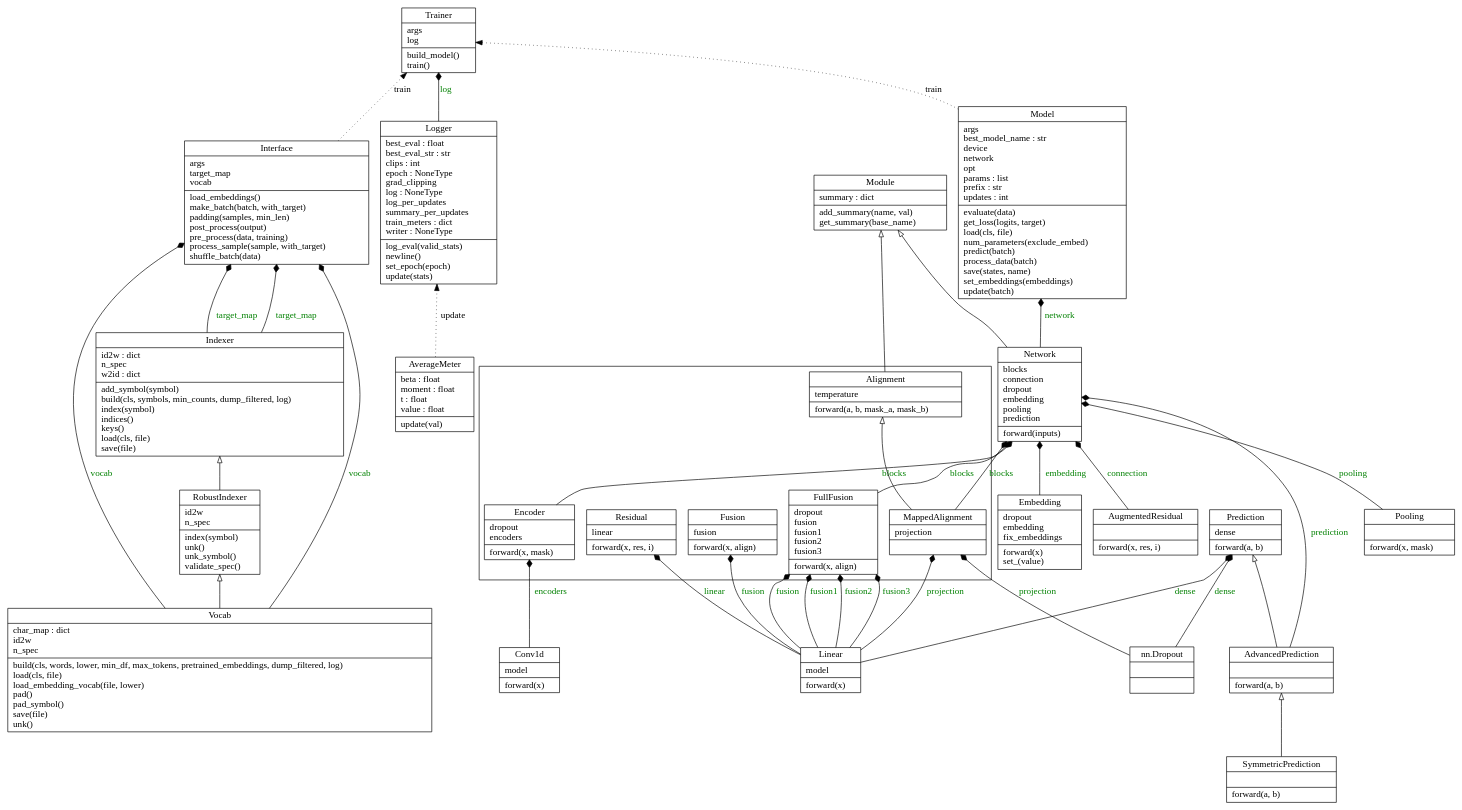
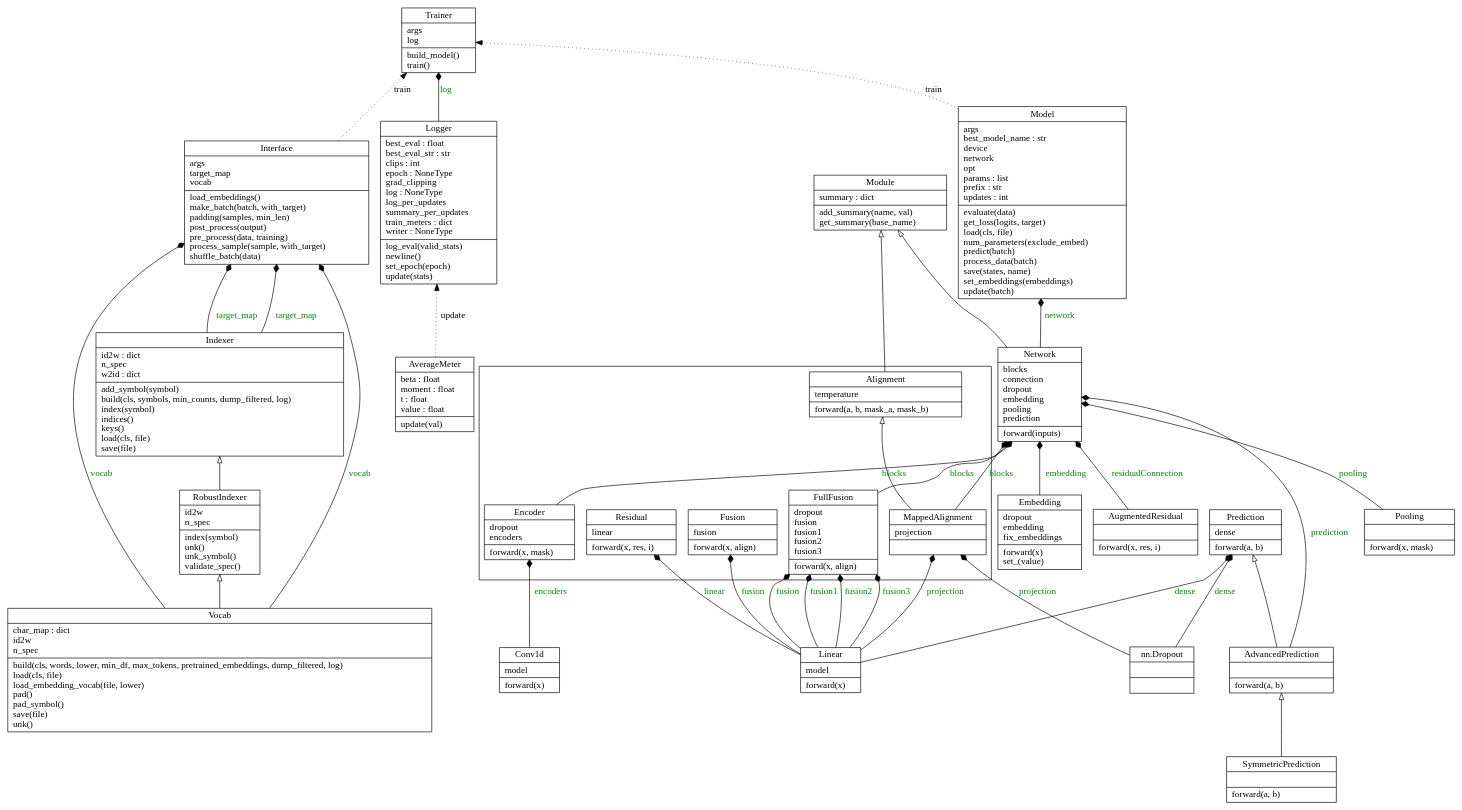
The diagram in readding/re2/classes.dot (pangyouzhen/learn_code), drawn with Graphviz before and after one commit. The commit also changed 3 other files, not shown here.

```diff
--- a/readding/re2/classes.dot
+++ b/readding/re2/classes.dot
@@ -1,69 +1,69 @@
 digraph "classes" {
 charset="utf-8"
 rankdir=BT
 "0" [label="{AdvancedPrediction|\l|forward(a, b)\l}", shape="record"];
 "2" [label="{AugmentedResidual|\l|forward(x, res, i)\l}", shape="record"];
 "3" [label="{AverageMeter|beta : float\lmoment : float\lt : float\lvalue : float\l|update(val)\l}", shape="record"];
 "4" [label="{Conv1d|model\l|forward(x)\l}", shape="record"];
 "6" [label="{Embedding|dropout\lembedding\lfix_embeddings\l|forward(x)\lset_(value)\l}", shape="record"];
 "14" [label="{Indexer|id2w : dict\ln_spec\lw2id : dict\l|add_symbol(symbol)\lbuild(cls, symbols, min_counts, dump_filtered, log)\lindex(symbol)\lindices()\lkeys()\lload(cls, file)\lsave(file)\l}", shape="record"];
 "15" [label="{Interface|args\ltarget_map\lvocab\l|load_embeddings()\lmake_batch(batch, with_target)\lpadding(samples, min_len)\lpost_process(output)\lpre_process(data, training)\lprocess_sample(sample, with_target)\lshuffle_batch(data)\l}", shape="record"];
 "17" [label="{Linear|model\l|forward(x)\l}", shape="record"];
 "18" [label="{Logger|best_eval : float\lbest_eval_str : str\lclips : int\lepoch : NoneType\lgrad_clipping\llog : NoneType\llog_per_updates\lsummary_per_updates\ltrain_meters : dict\lwriter : NoneType\l|log_eval(valid_stats)\lnewline()\lset_epoch(epoch)\lupdate(stats)\l}", shape="record"];
 "22" [label="{Model|args\lbest_model_name : str\ldevice\lnetwork\lopt\lparams : list\lprefix : str\lupdates : int\l|evaluate(data)\lget_loss(logits, target)\lload(cls, file)\lnum_parameters(exclude_embed)\lpredict(batch)\lprocess_data(batch)\lsave(states, name)\lset_embeddings(embeddings)\lupdate(batch)\l}", shape="record"];
 "23" [label="{Module|summary : dict\l|add_summary(name, val)\lget_summary(base_name)\l}", shape="record"];
 "28" [label="{Network|blocks\lconnection\ldropout\lembedding\lpooling\lprediction\l|forward(inputs)\l}", shape="record"];
 "31" [label="{Pooling|\l|forward(x, mask)\l}", shape="record"];
 "32" [label="{Prediction|dense\l|forward(a, b)\l}", shape="record"];
 "36" [label="{RobustIndexer|id2w\ln_spec\l|index(symbol)\lunk()\lunk_symbol()\lvalidate_spec()\l}", shape="record"];
 "38" [label="{SymmetricPrediction|\l|forward(a, b)\l}", shape="record"];
 "39" [label="{Trainer|args\llog\l|build_model()\ltrain()\l}", shape="record"];
 "40" [label="{Vocab|char_map : dict\lid2w\ln_spec\l|build(cls, words, lower, min_df, max_tokens, pretrained_embeddings, dump_filtered, log)\lload(cls, file)\lload_embedding_vocab(file, lower)\lpad()\lpad_symbol()\lsave(file)\lunk()\l}", shape="record"];
 "41" [label="{nn.Dropout|\l|\l}", shape="record"];
 subgraph cluster_blocks {
 // subgraph You'll have to prefix the name of your subgraphs with cluster:
 {rank=BT
 "7" [label="{Encoder|dropout\lencoders\l|forward(x, mask)\l}", shape="record"];
 "1" [label="{Alignment|temperature\l|forward(a, b, mask_a, mask_b)\l}", shape="record"];
 "11" [label="{Fusion|fusion\l|forward(x, align)\l}", shape="record"];
 "10" [label="{FullFusion|dropout\lfusion\lfusion1\lfusion2\lfusion3\l|forward(x, align)\l}", shape="record"];
 "21" [label="{MappedAlignment|projection\l|}", shape="record"];
 "35" [label="{Residual|linear\l|forward(x, res, i)\l}", shape="record"];
 }
 
 }
 "0" -> "32" [arrowhead="empty", arrowtail="none"];
 "1" -> "23" [arrowhead="empty", arrowtail="none"];
 "21" -> "1" [arrowhead="empty", arrowtail="none"];
 "28" -> "23" [arrowhead="empty", arrowtail="none"];
 "36" -> "14" [arrowhead="empty", arrowtail="none"];
 "38" -> "0" [arrowhead="empty", arrowtail="none"];
 "40" -> "36" [arrowhead="empty", arrowtail="none"];
 "6" -> "28" [arrowhead="diamond", arrowtail="none", fontcolor="green", label="embedding", style="solid"];
 "14" -> "15" [arrowhead="diamond", arrowtail="none", fontcolor="green", label="target_map", style="solid"];
 "14" -> "15" [arrowhead="diamond", arrowtail="none", fontcolor="green", label="target_map", style="solid"];
 "17" -> "10" [arrowhead="diamond", arrowtail="none", fontcolor="green", label="fusion1", style="solid"];
 "17" -> "10" [arrowhead="diamond", arrowtail="none", fontcolor="green", label="fusion2", style="solid"];
 "17" -> "10" [arrowhead="diamond", arrowtail="none", fontcolor="green", label="fusion3", style="solid"];
 "17" -> "10" [arrowhead="diamond", arrowtail="none", fontcolor="green", label="fusion", style="solid"];
 "17" -> "11" [arrowhead="diamond", arrowtail="none", fontcolor="green", label="fusion", style="solid"];
 "17" -> "35" [arrowhead="diamond", arrowtail="none", fontcolor="green", label="linear", style="solid"];
 "18" -> "39" [arrowhead="diamond", arrowtail="none", fontcolor="green", label="log", style="solid"];
 "28" -> "22" [arrowhead="diamond", arrowtail="none", fontcolor="green", label="network", style="solid"];
 "31" -> "28" [arrowhead="diamond", arrowtail="none", fontcolor="green", label="pooling", style="solid"];
 "40" -> "15" [arrowhead="diamond", arrowtail="none", fontcolor="green", label="vocab", style="solid"];
 "40" -> "15" [arrowhead="diamond", arrowtail="none", fontcolor="green", label="vocab", style="solid"];
 "15" -> "39" [style=dotted, label="train"];
 "22" -> "39" [style=dotted, label="train"];
 "3" -> "18" [style=dotted, label="update"];
 "7" -> "28" [arrowhead="diamond", arrowtail="none", fontcolor="green", label="blocks", style="solid"];
 "21" -> "28" [arrowhead="diamond", arrowtail="none", fontcolor="green", label="blocks", style="solid"];
-"2" -> "28" [arrowhead="diamond", arrowtail="none", fontcolor="green", label="connection", style="solid"];
+"2" -> "28" [arrowhead="diamond", arrowtail="none", fontcolor="green", label="residualConnection", style="solid"];
 "10" -> "28" [arrowhead="diamond", arrowtail="none", fontcolor="green", label="blocks", style="solid"];
 "0" -> "28" [arrowhead="diamond", arrowtail="none", fontcolor="green", label="prediction", style="solid"];
 "4" -> "7" [arrowhead="diamond", arrowtail="none", fontcolor="green", label="encoders", style="solid"];
 "41" -> "21" [arrowhead="diamond", arrowtail="none", fontcolor="green", label="projection", style="solid"];
 "17" -> "21" [arrowhead="diamond", arrowtail="none", fontcolor="green", label="projection", style="solid"];
 "41" -> "32" [arrowhead="diamond", arrowtail="none", fontcolor="green", label="dense", style="solid"];
 "17" -> "32" [arrowhead="diamond", arrowtail="none", fontcolor="green", label="dense", style="solid"];
 }
```
